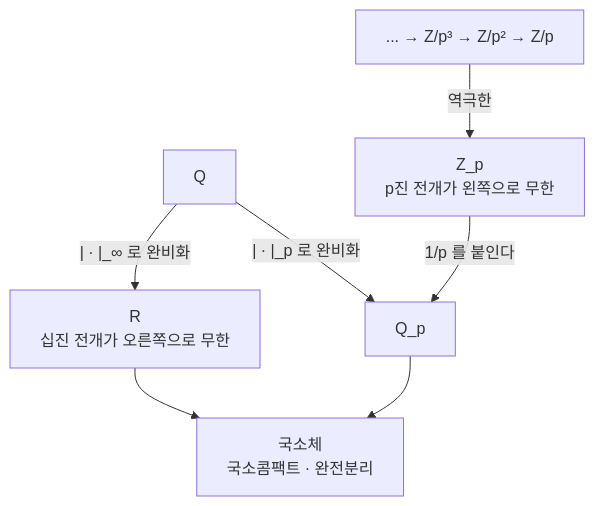
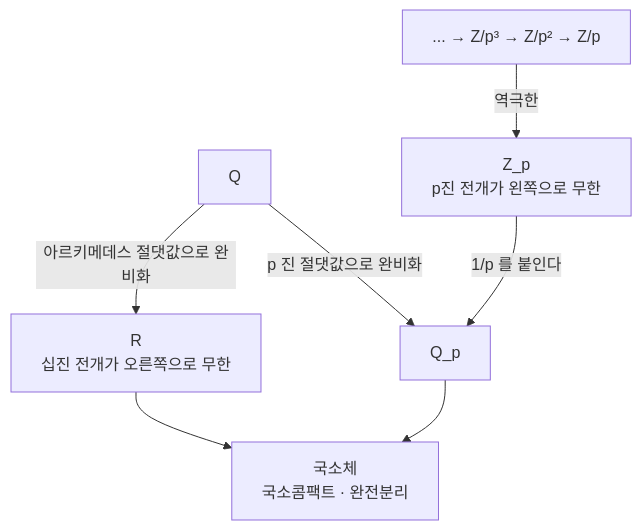
Before and after one commit to Phryxia/math-map: the diagram in docs/p-adic-numbers.md, drawn with Mermaid. The commit also changed 2 other files, not shown here.

Commit message:
write the mermaid edge labels in conditional-expectation, p-adic-numbers and waldspurger-formula without pipes; mermaid reads a pipe inside a label as the label end
Claude-Session: https://claude.ai/code/session_01UhADMt4KPiVUWGAQcHXZqf

````diff
--- a/docs/p-adic-numbers.md
+++ b/docs/p-adic-numbers.md
@@ -39,9 +39,9 @@
 ```mermaid
 graph TD
-  Q["Q"] -->|"| · |_∞ 로 완비화"| R["R<br/>십진 전개가 오른쪽으로 무한"]
-  Q -->|"| · |_p 로 완비화"| Qp["Q_p"]
+  Q["Q"] -->|"아르키메데스 절댓값으로 완비화"| R["R<br/>십진 전개가 오른쪽으로 무한"]
+  Q -->|"p 진 절댓값으로 완비화"| Qp["Q_p"]
   ZN["... → Z/p³ → Z/p² → Z/p"] -->|"역극한"| Zp["Z_p<br/>p진 전개가 왼쪽으로 무한"]
   Zp -->|"1/p 를 붙인다"| Qp
   Qp --> LOC["국소체<br/>국소콤팩트 · 완전분리"]
   R --> LOC
 ```
````
